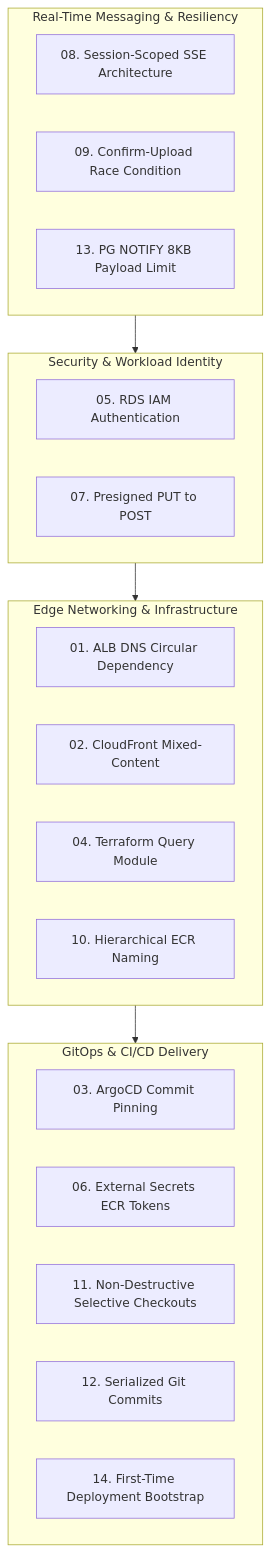
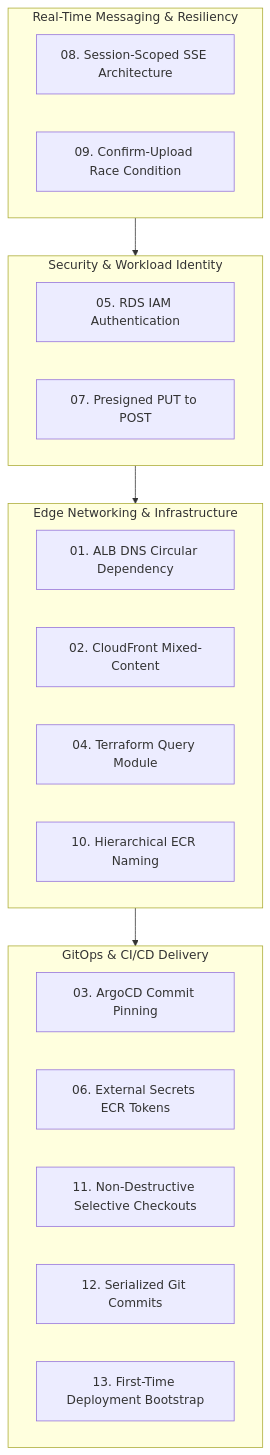
One commit to parth9218/Document-Intelligence-Platform changed the diagram in docs-site/docs/challenges/index.md. Above: the diagram before and after it, drawn with Mermaid. The commit also changed other lines of this file and 6 other files, not shown here.

````diff
--- a/docs-site/docs/challenges/index.md
+++ b/docs-site/docs/challenges/index.md
@@ -16,32 +16,31 @@
 ```mermaid
 flowchart TD
     subgraph Edge_Infra ["Edge Networking & Infrastructure"]
         C1["01. ALB DNS Circular Dependency"]
         C2["02. CloudFront Mixed-Content"]
         C4["04. Terraform Query Module"]
         C10["10. Hierarchical ECR Naming"]
     end
 
     subgraph GitOps_Delivery ["GitOps & CI/CD Delivery"]
         C3["03. ArgoCD Commit Pinning"]
         C6["06. External Secrets ECR Tokens"]
         C11["11. Non-Destructive Selective Checkouts"]
         C12["12. Serialized Git Commits"]
-        C14["14. First-Time Deployment Bootstrap"]
+        C13["13. First-Time Deployment Bootstrap"]
     end
 
     subgraph Security_Identity ["Security & Workload Identity"]
         C5["05. RDS IAM Authentication"]
         C7["07. Presigned PUT to POST"]
     end
 
     subgraph Messaging_State ["Real-Time Messaging & Resiliency"]
         C8["08. Session-Scoped SSE Architecture"]
         C9["09. Confirm-Upload Race Condition"]
-        C13["13. PG NOTIFY 8KB Payload Limit"]
     end
 
     Edge_Infra --> GitOps_Delivery
     Security_Identity --> Edge_Infra
     Messaging_State --> Security_Identity
 ```
````
